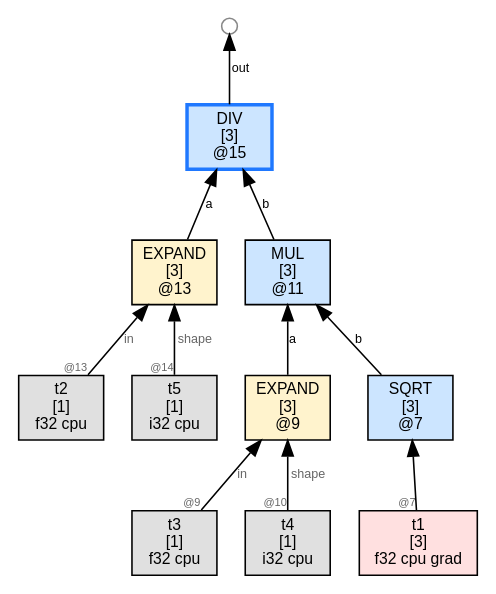
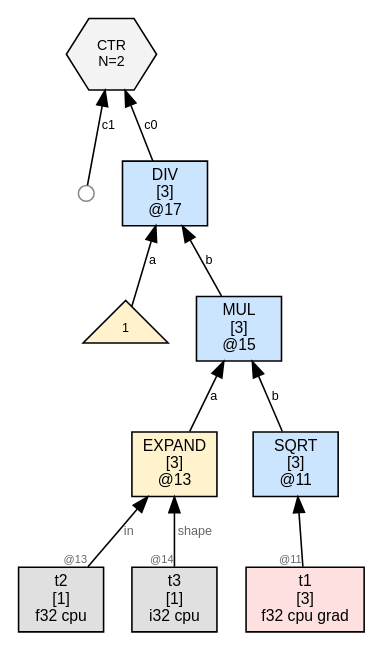
One commit to sw1sh/TinyHVM changed the diagram in wl/examples/thvm_graphs/grad_rules/sqrt/thvm_2_post_sweep.dot. Above: the diagram before and after it, drawn with Graphviz. The commit also changed 184 other files, not shown here.

First line of the commit message:
grad: NUM(1) seed; CTR consumer; STOP_AFTER_SWEEP; keep ADD intermediate

```diff
--- a/wl/examples/thvm_graphs/grad_rules/sqrt/thvm_2_post_sweep.dot
+++ b/wl/examples/thvm_graphs/grad_rules/sqrt/thvm_2_post_sweep.dot
@@ -1,27 +1,25 @@
 digraph G {
   rankdir=BT;
   node [fontname="Helvetica", fontsize=10, style=filled, shape=box, margin="0.1,0.05"];
   edge [fontsize=8, fontname="Helvetica"];
 
-  n15 [label="DIV\n[3]\n@15", shape=box, fillcolor="#cce5ff",color="#1f78ff",penwidth=2.2];
-  n13 -> n15 [label="a"];
-  n11 -> n15 [label="b"];
-  free15_1000 [label="",shape=circle,width=0.14,height=0.14,fixedsize=true,fillcolor="#ffffff",color="#888888",fontsize=1];
-  n15 -> free15_1000 [label="out"];
-  n9 [label="EXPAND\n[3]\n@9", shape=box, fillcolor="#fff3cd"];
-  t3 [label="t3\n[1]\nf32 cpu",shape=box,fillcolor="#e0e0e0"];
-  t3 -> n9 [label="in",taillabel="@9",labelfontsize=7,fontcolor="#666666"];
-  t4 [label="t4\n[1]\ni32 cpu",shape=box,fillcolor="#e0e0e0"];
-  t4 -> n9 [label="shape",taillabel="@10",labelfontsize=7,fontcolor="#666666"];
-  n7 [label="SQRT\n[3]\n@7", shape=box, fillcolor="#cce5ff"];
-  t1 [label="t1\n[3]\nf32 cpu grad",shape=box,fillcolor="#ffe0e0"];
-  t1 -> n7 [label="",taillabel="@7",labelfontsize=7,fontcolor="#666666"];
+  n17 [label="DIV\n[3]\n@17", shape=box, fillcolor="#cce5ff"];
+  num17_0 [label="1",shape=triangle,fillcolor="#fff2cc",fontsize=8];
+  num17_0 -> n17 [label="a"];
+  n15 -> n17 [label="b"];
+  ctr7 [label="CTR\nN=2", shape=hexagon, fillcolor="#f3f3f3", fontsize=9];
+  n17 -> ctr7 [label="c0"];
+  free7_1 [label="",shape=circle,width=0.14,height=0.14,fixedsize=true,fillcolor="#ffffff",color="#888888",fontsize=1];
+  free7_1 -> ctr7 [label="c1"];
   n13 [label="EXPAND\n[3]\n@13", shape=box, fillcolor="#fff3cd"];
   t2 [label="t2\n[1]\nf32 cpu",shape=box,fillcolor="#e0e0e0"];
   t2 -> n13 [label="in",taillabel="@13",labelfontsize=7,fontcolor="#666666"];
-  t5 [label="t5\n[1]\ni32 cpu",shape=box,fillcolor="#e0e0e0"];
-  t5 -> n13 [label="shape",taillabel="@14",labelfontsize=7,fontcolor="#666666"];
-  n11 [label="MUL\n[3]\n@11", shape=box, fillcolor="#cce5ff"];
-  n9 -> n11 [label="a"];
-  n7 -> n11 [label="b"];
+  t3 [label="t3\n[1]\ni32 cpu",shape=box,fillcolor="#e0e0e0"];
+  t3 -> n13 [label="shape",taillabel="@14",labelfontsize=7,fontcolor="#666666"];
+  n11 [label="SQRT\n[3]\n@11", shape=box, fillcolor="#cce5ff"];
+  t1 [label="t1\n[3]\nf32 cpu grad",shape=box,fillcolor="#ffe0e0"];
+  t1 -> n11 [label="",taillabel="@11",labelfontsize=7,fontcolor="#666666"];
+  n15 [label="MUL\n[3]\n@15", shape=box, fillcolor="#cce5ff"];
+  n13 -> n15 [label="a"];
+  n11 -> n15 [label="b"];
 }
```
